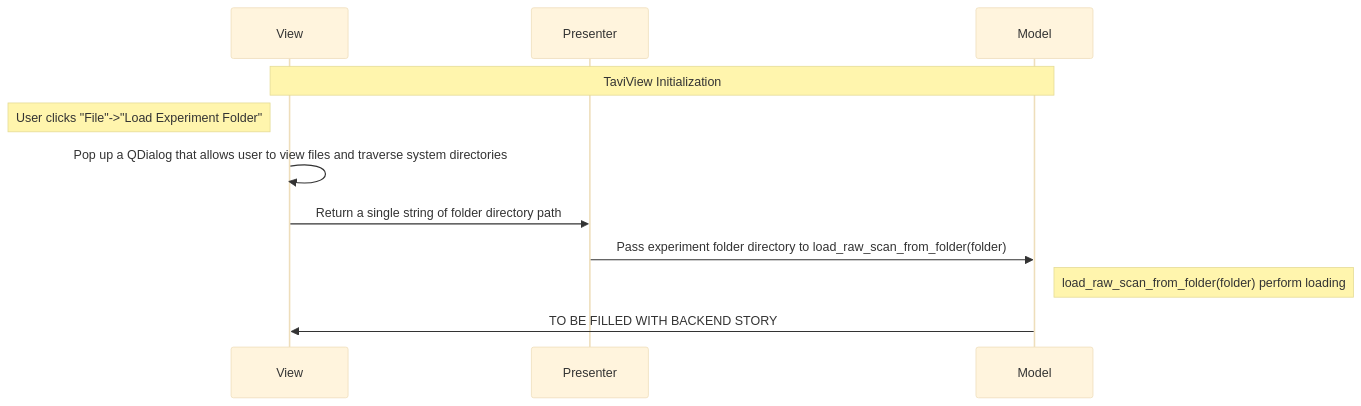
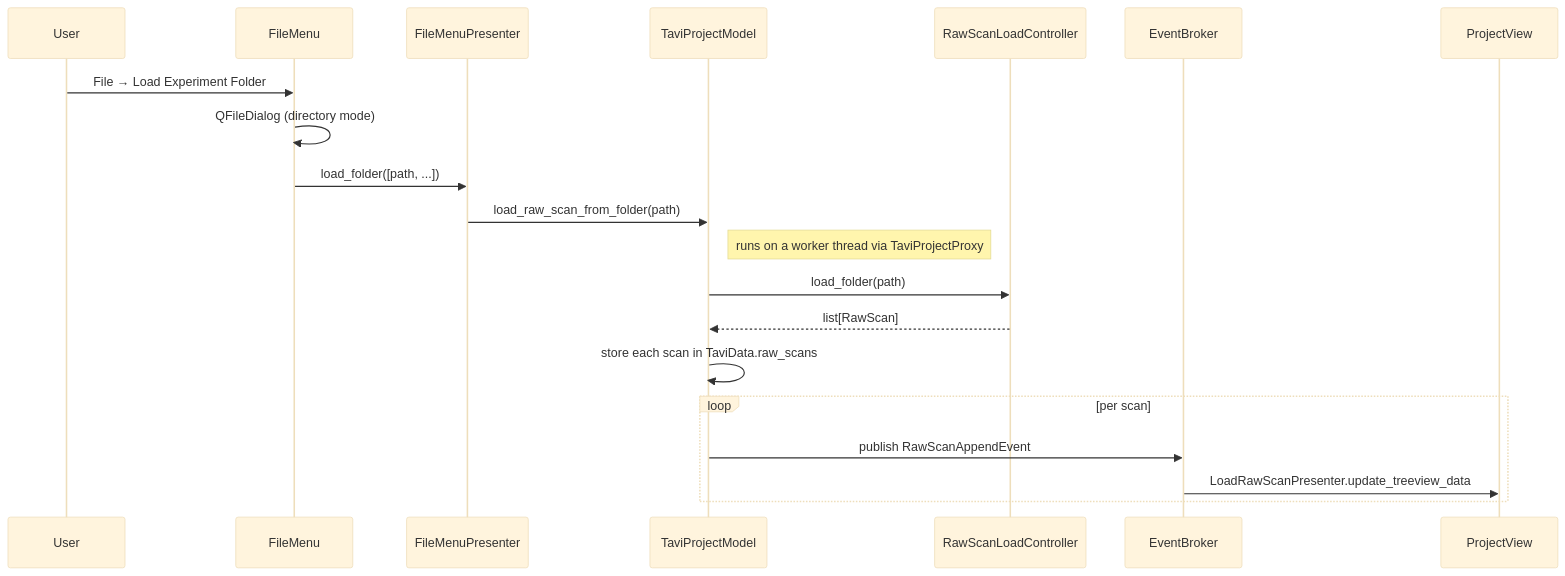
One commit to neutrons/TAVI changed the fifth of 5 diagrams in docs/source/design/taviclasses.rst. Above: the diagram before and after it, drawn with Mermaid (base theme). The commit also changed other lines of this file and 29 other files, not shown here.

```diff
--- a/docs/source/design/taviclasses.rst
+++ b/docs/source/design/taviclasses.rst
@@ -118,15 +263,23 @@
-    .. mermaid::
+.. mermaid::
 
-        sequenceDiagram
-            participant View
-            participant Presenter
-            participant Model
+    sequenceDiagram
+        participant User
+        participant FileMenu
+        participant Presenter as FileMenuPresenter
+        participant Model as TaviProjectModel
+        participant Controller as RawScanLoadController
+        participant Broker as EventBroker
+        participant Tree as ProjectView
 
-            Note over View,Model:  TaviView Initialization
-            Note left of View: User clicks "File"->"Load Experiment Folder"
-            View->>View: Pop up a QDialog that allows user to view files and traverse system directories
-            View->>Presenter: Return a single string of folder directory path
-            Presenter->>Model: Pass experiment folder directory to load_raw_scan_from_folder(folder)
-            Note right of Model: load_raw_scan_from_folder(folder) perform loading
-
-            Model->>View: TO BE FILLED WITH BACKEND STORY
+        User->>FileMenu: File → Load Experiment Folder
+        FileMenu->>FileMenu: QFileDialog (directory mode)
+        FileMenu->>Presenter: load_folder([path, ...])
+        Presenter->>Model: load_raw_scan_from_folder(path)
+        Note right of Model: runs on a worker thread via TaviProjectProxy
+        Model->>Controller: load_folder(path)
+        Controller-->>Model: list[RawScan]
+        Model->>Model: store each scan in TaviData.raw_scans
+        loop per scan
+            Model->>Broker: publish RawScanAppendEvent
+            Broker->>Tree: LoadRawScanPresenter.update_treeview_data
+        end
```
